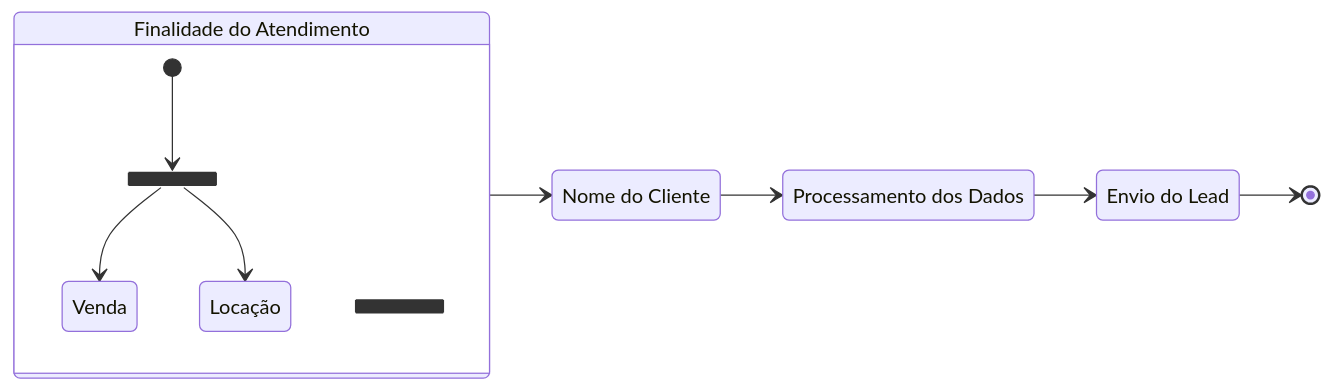
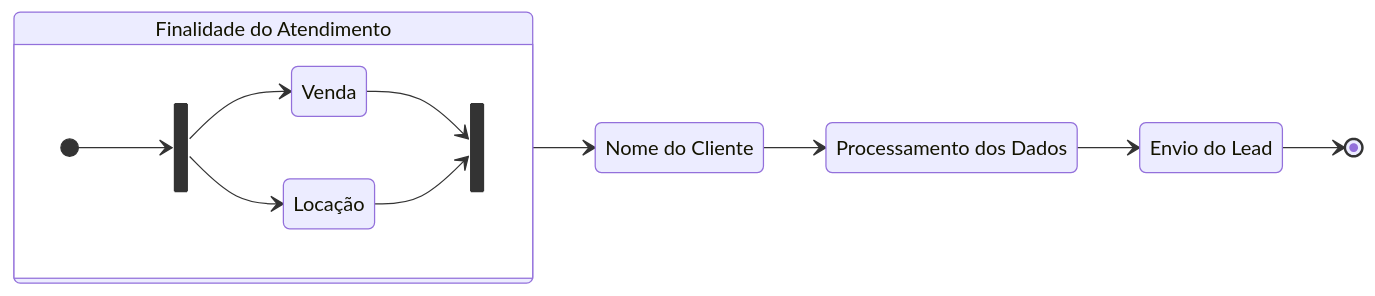
Before and after one commit to pepeleascov/cmsouza: the diagram in readme.md, drawn with Mermaid.

````diff
--- a/readme.md
+++ b/readme.md
@@ -122,22 +122,25 @@
 ```mermaid
 stateDiagram
     1: Finalidade do Atendimento
     v: Venda
     l: Locação
     2: Nome do Cliente
     3: Processamento dos Dados
     4: Envio do Lead
     direction LR
     
     state 1 {
     state fork_state <<fork>>
+    direction LR
         [*] --> fork_state
         fork_state --> v
         fork_state --> l
     state join_state <<join>>
+    v --> join_state
+    l --> join_state
     }
     1 --> 2
     2 --> 3
     3 --> 4
     4 --> [*]
 ```
````
